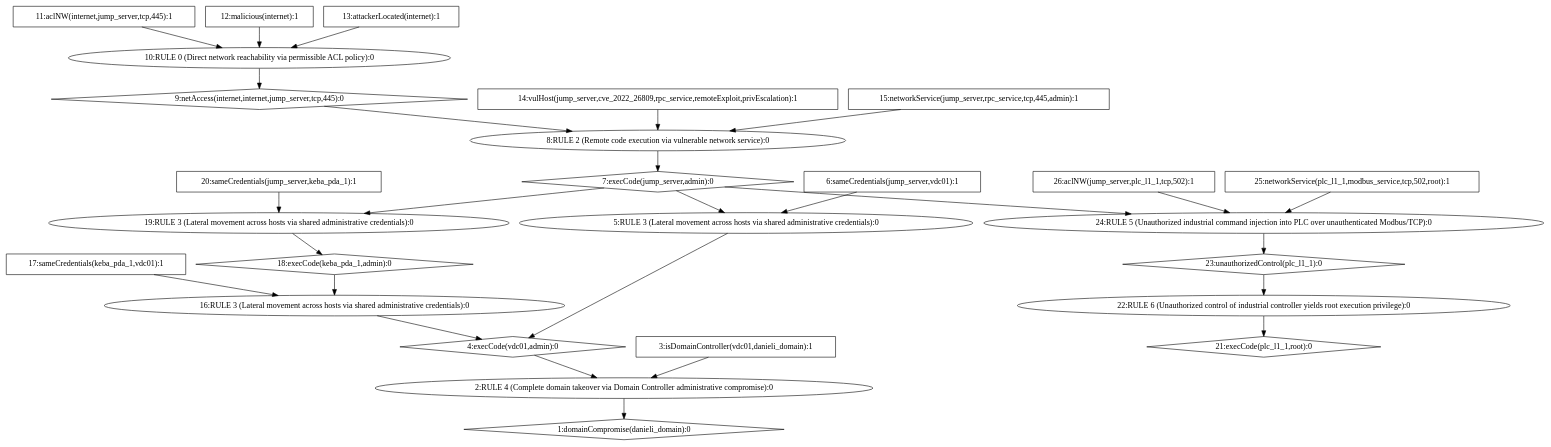
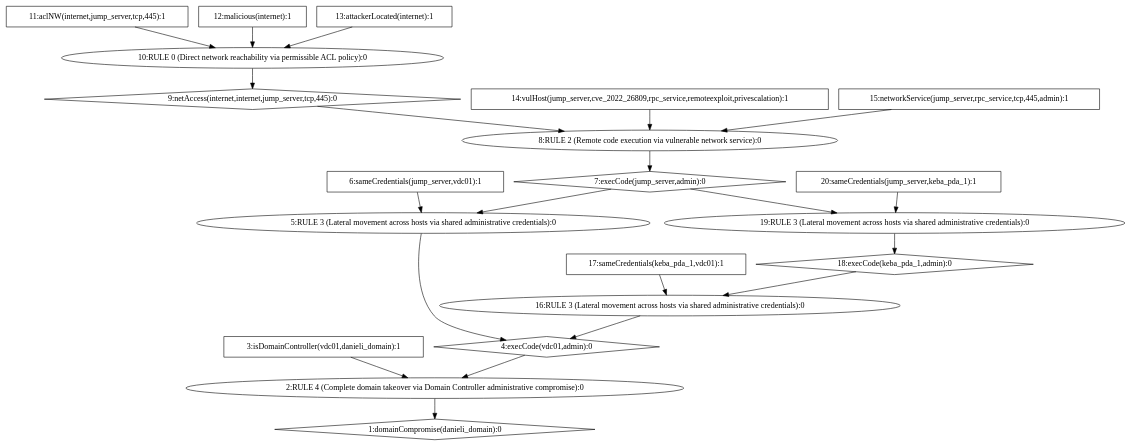
One commit to kacurrelsja/MULVAL changed the diagram in ot_pipeline/results/dot/AttackGraph_03_Domain_Takeover.dot. Above: the diagram before and after it, drawn with Graphviz. The commit also changed 52 other files, not shown here.

```diff
--- a/ot_pipeline/results/dot/AttackGraph_03_Domain_Takeover.dot
+++ b/ot_pipeline/results/dot/AttackGraph_03_Domain_Takeover.dot
@@ -1,54 +1,42 @@
 digraph G {
 	1 [label="1:domainCompromise(danieli_domain):0",shape=diamond];
 	2 [label="2:RULE 4 (Complete domain takeover via Domain Controller administrative compromise):0",shape=ellipse];
 	3 [label="3:isDomainController(vdc01,danieli_domain):1",shape=box];
 	4 [label="4:execCode(vdc01,admin):0",shape=diamond];
 	5 [label="5:RULE 3 (Lateral movement across hosts via shared administrative credentials):0",shape=ellipse];
 	6 [label="6:sameCredentials(jump_server,vdc01):1",shape=box];
 	7 [label="7:execCode(jump_server,admin):0",shape=diamond];
 	8 [label="8:RULE 2 (Remote code execution via vulnerable network service):0",shape=ellipse];
 	9 [label="9:netAccess(internet,internet,jump_server,tcp,445):0",shape=diamond];
 	10 [label="10:RULE 0 (Direct network reachability via permissible ACL policy):0",shape=ellipse];
 	11 [label="11:aclNW(internet,jump_server,tcp,445):1",shape=box];
 	12 [label="12:malicious(internet):1",shape=box];
 	13 [label="13:attackerLocated(internet):1",shape=box];
-	14 [label="14:vulHost(jump_server,cve_2022_26809,rpc_service,remoteExploit,privEscalation):1",shape=box];
+	14 [label="14:vulHost(jump_server,cve_2022_26809,rpc_service,remoteexploit,privescalation):1",shape=box];
 	15 [label="15:networkService(jump_server,rpc_service,tcp,445,admin):1",shape=box];
 	16 [label="16:RULE 3 (Lateral movement across hosts via shared administrative credentials):0",shape=ellipse];
 	17 [label="17:sameCredentials(keba_pda_1,vdc01):1",shape=box];
 	18 [label="18:execCode(keba_pda_1,admin):0",shape=diamond];
 	19 [label="19:RULE 3 (Lateral movement across hosts via shared administrative credentials):0",shape=ellipse];
 	20 [label="20:sameCredentials(jump_server,keba_pda_1):1",shape=box];
-	21 [label="21:execCode(plc_l1_1,root):0",shape=diamond];
-	22 [label="22:RULE 6 (Unauthorized control of industrial controller yields root execution privilege):0",shape=ellipse];
-	23 [label="23:unauthorizedControl(plc_l1_1):0",shape=diamond];
-	24 [label="24:RULE 5 (Unauthorized industrial command injection into PLC over unauthenticated Modbus/TCP):0",shape=ellipse];
-	25 [label="25:networkService(plc_l1_1,modbus_service,tcp,502,root):1",shape=box];
-	26 [label="26:aclNW(jump_server,plc_l1_1,tcp,502):1",shape=box];
 	3 -> 	2;
 	6 -> 	5;
 	11 -> 	10;
 	12 -> 	10;
 	13 -> 	10;
 	10 -> 	9;
 	9 -> 	8;
 	14 -> 	8;
 	15 -> 	8;
 	8 -> 	7;
 	7 -> 	5;
 	5 -> 	4;
 	17 -> 	16;
 	20 -> 	19;
 	7 -> 	19;
 	19 -> 	18;
 	18 -> 	16;
 	16 -> 	4;
 	4 -> 	2;
 	2 -> 	1;
-	25 -> 	24;
-	26 -> 	24;
-	7 -> 	24;
-	24 -> 	23;
-	23 -> 	22;
-	22 -> 	21;
 }
```
